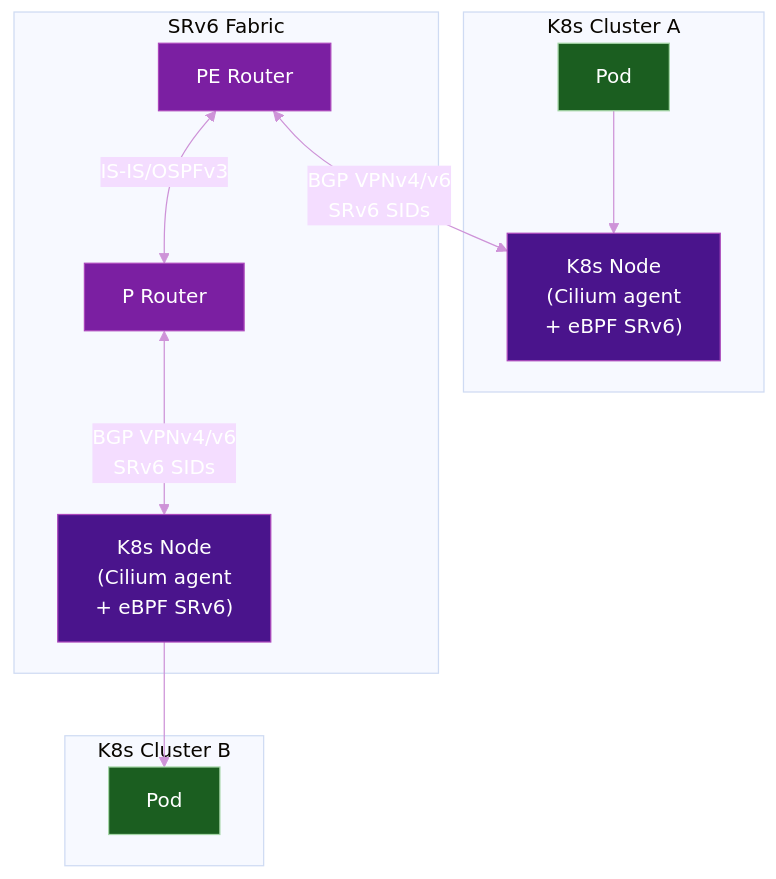
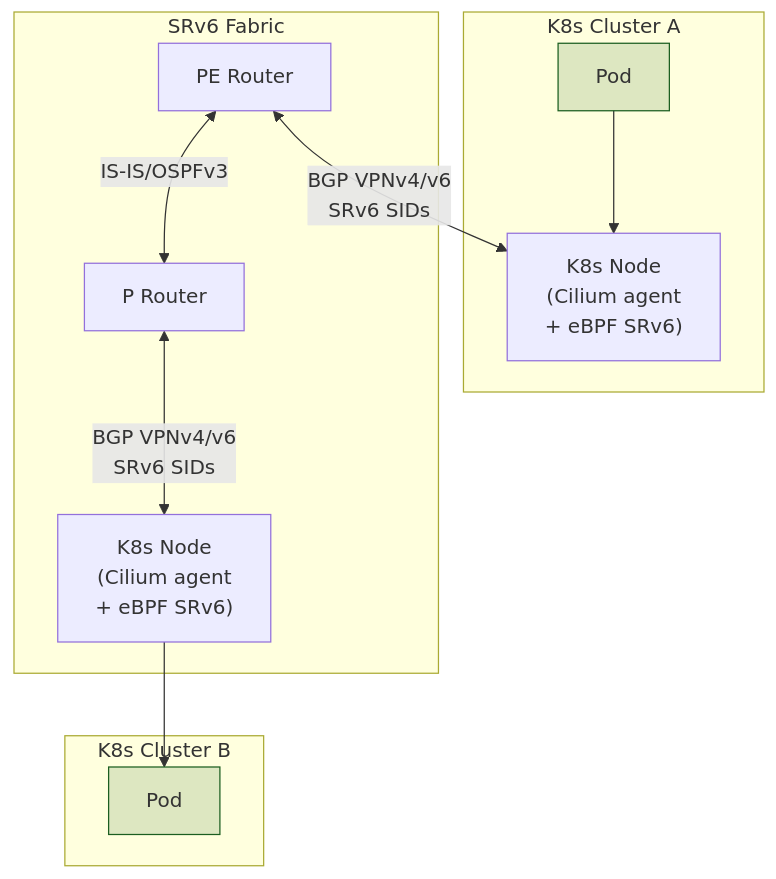
The first of 3 diagrams in docs/implementations/cilium.md (eldaninavas/srv6.md), drawn with Mermaid before and after one commit. The commit also changed other lines of this file and 29 other files, not shown here.

First line of the commit message:
fix(mermaid): apply theme-aware colors site-wide

````diff
--- a/docs/implementations/cilium.md
+++ b/docs/implementations/cilium.md
@@ -25,21 +25,16 @@
 ```mermaid
-%%{init: {"theme": "base", "themeVariables": {"primaryTextColor": "#fff", "lineColor": "#ce93d8", "textColor": "#fff"}}}%%
 graph TB
     subgraph K8s Cluster A
         P1[Pod] --> N1["K8s Node\n(Cilium agent\n+ eBPF SRv6)"]
     end
     subgraph SRv6 Fabric
         R1[PE Router] <-->|"BGP VPNv4/v6\nSRv6 SIDs"| N1
         R1 <-->|"IS-IS/OSPFv3"| R2[P Router]
         R2 <-->|"BGP VPNv4/v6\nSRv6 SIDs"| N2
     end
     subgraph K8s Cluster B
         N2["K8s Node\n(Cilium agent\n+ eBPF SRv6)"] --> P2[Pod]
     end
-    style N1 fill:#4a148c,color:#fff,stroke:#ab47bc
-    style N2 fill:#4a148c,color:#fff,stroke:#ab47bc
-    style R1 fill:#7b1fa2,color:#fff,stroke:#ab47bc
-    style R2 fill:#7b1fa2,color:#fff,stroke:#ab47bc
-    style P1 fill:#1b5e20,color:#fff,stroke:#a5d6a7
-    style P2 fill:#1b5e20,color:#fff,stroke:#a5d6a7
+    style P1 fill:#1b5e2026,stroke:#1b5e20
+    style P2 fill:#1b5e2026,stroke:#1b5e20
 ```
````
